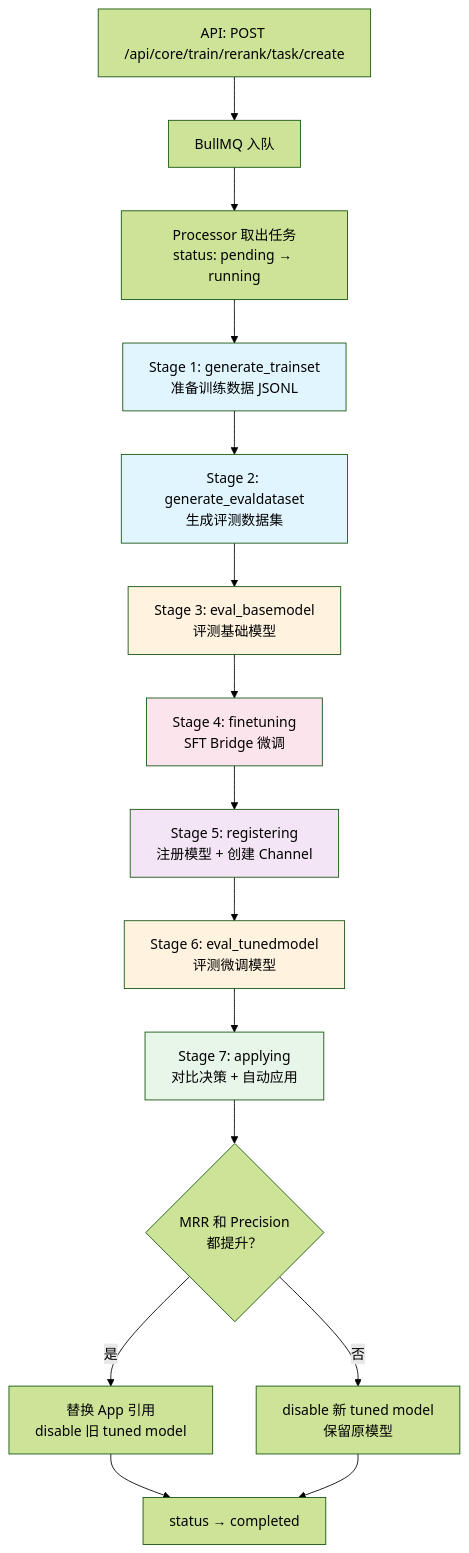
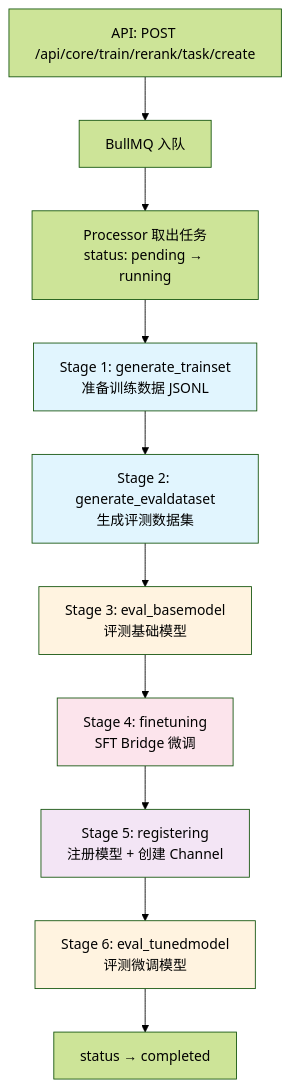
The second of 4 diagrams in .claude/design/rerank-training-architecture.md (labring/FastGPT), drawn with Mermaid (forest theme) before and after one commit. The commit also changed other lines of this file and 53 other files, not shown here.

````diff
--- a/.claude/design/rerank-training-architecture.md
+++ b/.claude/design/rerank-training-architecture.md
@@ -101,27 +103,21 @@
 ```mermaid
 flowchart TD
     API["API: POST /api/core/train/rerank/task/create"] --> Q["BullMQ 入队"]
     Q --> P["Processor 取出任务<br/>status: pending → running"]
 
     P --> S1["Stage 1: generate_trainset<br/>准备训练数据 JSONL"]
     S1 --> S2["Stage 2: generate_evaldataset<br/>生成评测数据集"]
     S2 --> S3["Stage 3: eval_basemodel<br/>评测基础模型"]
     S3 --> S4["Stage 4: finetuning<br/>SFT Bridge 微调"]
     S4 --> S5["Stage 5: registering<br/>注册模型 + 创建 Channel"]
     S5 --> S6["Stage 6: eval_tunedmodel<br/>评测微调模型"]
-    S6 --> S7["Stage 7: applying<br/>对比决策 + 自动应用"]
 
-    S7 --> Better{"MRR 和 Precision<br/>都提升？"}
-    Better -->|是| Apply["替换 App 引用<br/>disable 旧 tuned model"]
-    Better -->|否| Disable["disable 新 tuned model<br/>保留原模型"]
-    Apply --> Done["status → completed"]
-    Disable --> Done
+    S6 --> Done["status → completed"]
 
     style S1 fill:#e1f5fe
     style S2 fill:#e1f5fe
     style S3 fill:#fff3e0
     style S4 fill:#fce4ec
     style S5 fill:#f3e5f5
     style S6 fill:#fff3e0
-    style S7 fill:#e8f5e9
 ```
````
